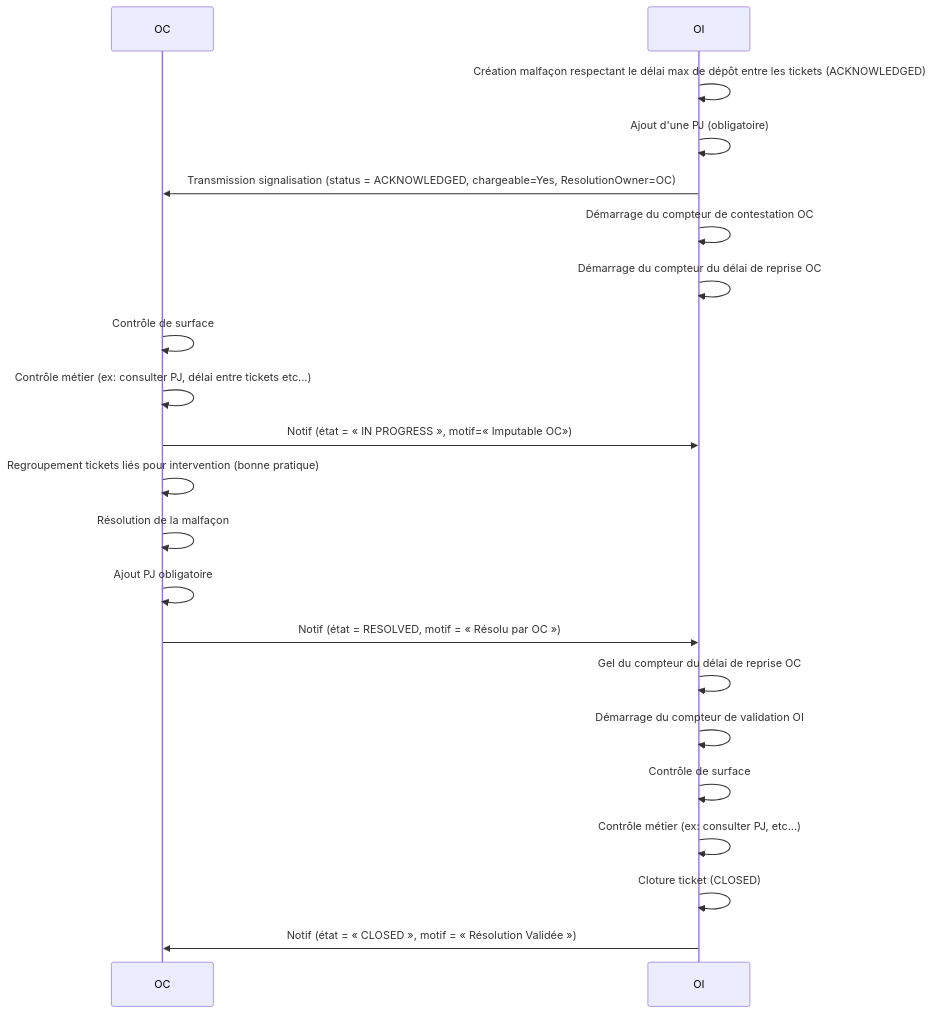
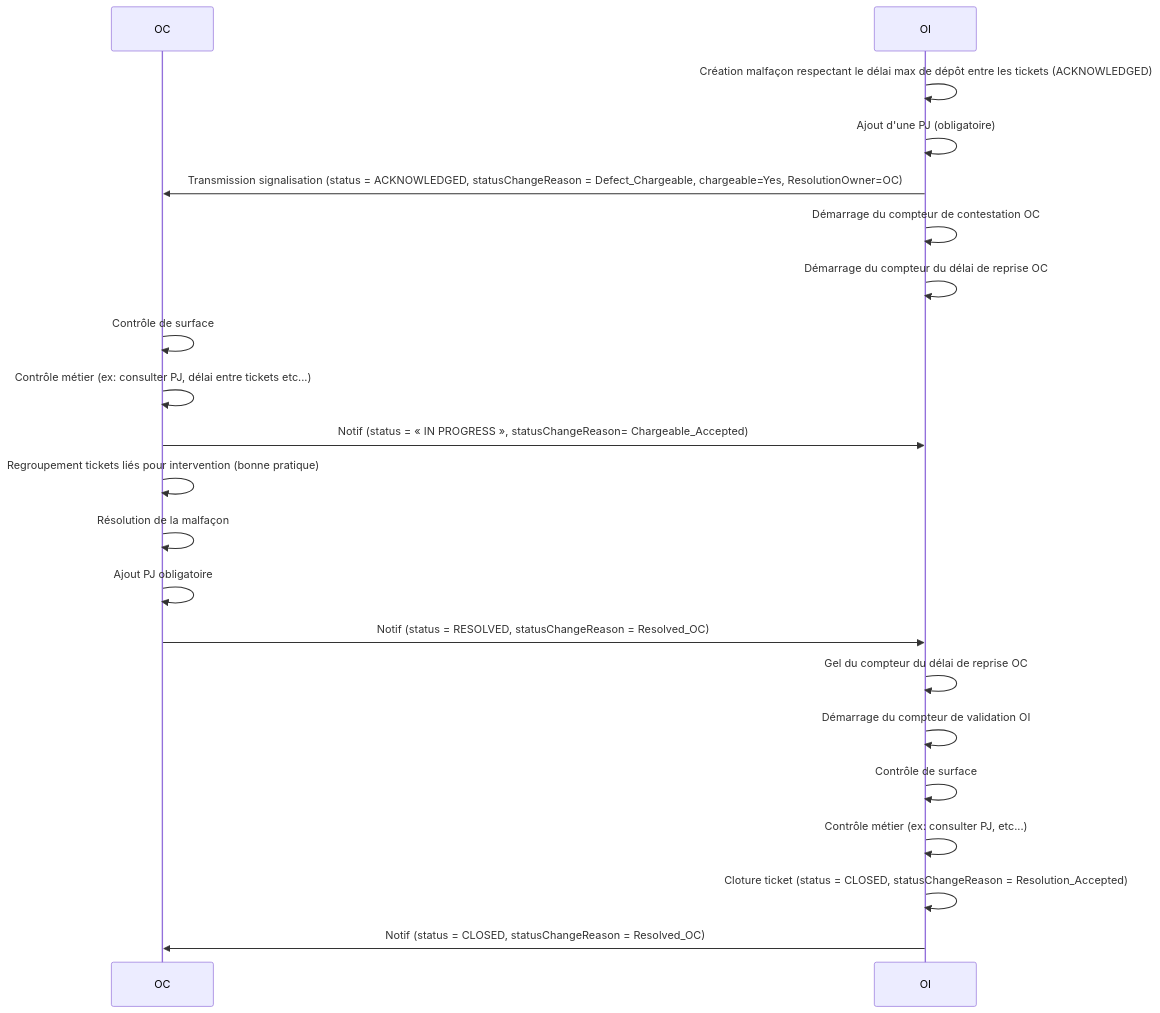
One commit to before-interop/malfacon changed the first of 14 diagrams in README.md. Above: the diagram before and after it, drawn with Mermaid. The commit also changed other lines of this file and 1 other file, not shown here.

````diff
--- a/README.md
+++ b/README.md
@@ -231,25 +224,25 @@
 ```mermaid
 sequenceDiagram
 
   participant OC
   participant OI
 
   OI->>OI: Création malfaçon respectant le délai max de dépôt entre les tickets (ACKNOWLEDGED)
   OI->>OI: Ajout d'une PJ (obligatoire)
-  OI->>OC: Transmission signalisation (status = ACKNOWLEDGED, chargeable=Yes, ResolutionOwner=OC)
+  OI->>OC: Transmission signalisation (status = ACKNOWLEDGED, statusChangeReason = Defect_Chargeable, chargeable=Yes, ResolutionOwner=OC)
   OI->>OI: Démarrage du compteur de contestation OC
   OI->>OI: Démarrage du compteur du délai de reprise OC
   OC->>OC: Contrôle de surface
   OC->>OC: Contrôle métier (ex: consulter PJ, délai entre tickets etc...)
-  OC->>OI: Notif (état = « IN PROGRESS », motif=« Imputable OC»)
+  OC->>OI: Notif (status = « IN PROGRESS », statusChangeReason= Chargeable_Accepted)
   OC->>OC: Regroupement tickets liés pour intervention (bonne pratique)
   OC->>OC: Résolution de la malfaçon
   OC->>OC: Ajout PJ obligatoire
-  OC->>OI: Notif (état = RESOLVED, motif = « Résolu par OC »)
+  OC->>OI: Notif (status = RESOLVED, statusChangeReason = Resolved_OC)
   OI->>OI: Gel du compteur du délai de reprise OC
   OI->>OI: Démarrage du compteur de validation OI
   OI->>OI: Contrôle de surface
   OI->>OI: Contrôle métier (ex: consulter PJ, etc...)
-  OI->>OI: Cloture ticket (CLOSED)
-  OI->>OC: Notif (état = « CLOSED », motif = « Résolution Validée »)
+  OI->>OI: Cloture ticket (status = CLOSED, statusChangeReason = Resolution_Accepted)
+  OI->>OC: Notif (status = CLOSED, statusChangeReason = Resolved_OC)
 ```
````
